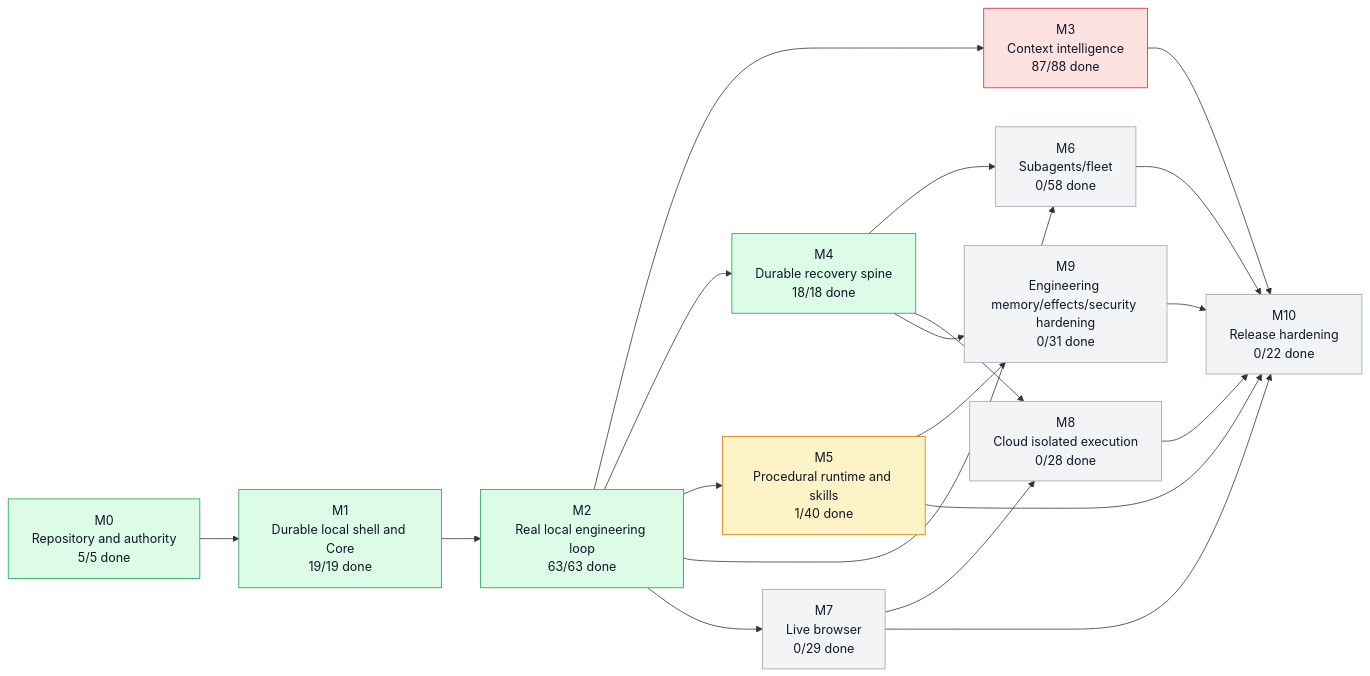
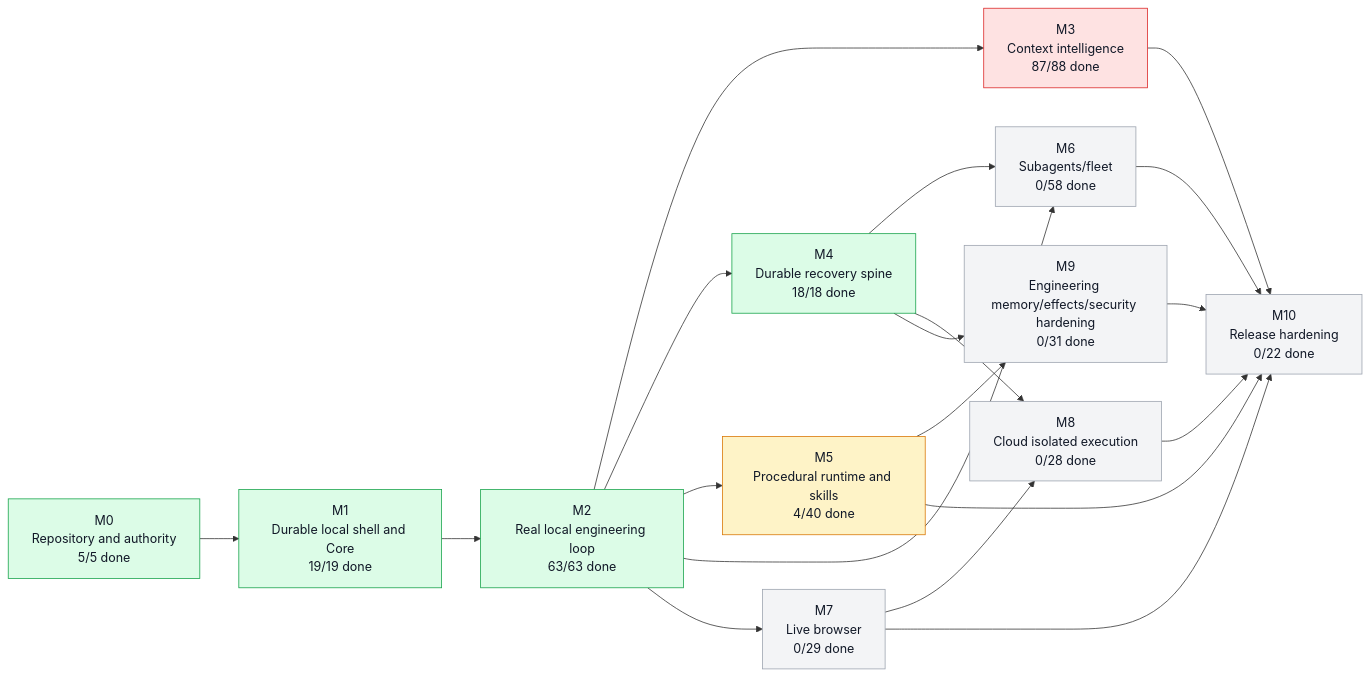
The first of 5 diagrams in graph/PROJECT_GRAPH.md (moss101/modbit), drawn with Mermaid before and after one commit. The commit also changed other lines of this file and 10 other files, not shown here.

````diff
--- a/graph/PROJECT_GRAPH.md
+++ b/graph/PROJECT_GRAPH.md
@@ -57,43 +57,43 @@
 ```mermaid
 flowchart LR
   M0["M0<br/>Repository and authority<br/>5/5 done"]
   M1["M1<br/>Durable local shell and Core<br/>19/19 done"]
   M2["M2<br/>Real local engineering loop<br/>63/63 done"]
   M3["M3<br/>Context intelligence<br/>87/88 done"]
   M4["M4<br/>Durable recovery spine<br/>18/18 done"]
-  M5["M5<br/>Procedural runtime and skills<br/>1/40 done"]
+  M5["M5<br/>Procedural runtime and skills<br/>4/40 done"]
   M6["M6<br/>Subagents/fleet<br/>0/58 done"]
   M7["M7<br/>Live browser<br/>0/29 done"]
   M8["M8<br/>Cloud isolated execution<br/>0/28 done"]
   M9["M9<br/>Engineering memory/effects/security hardening<br/>0/31 done"]
   M10["M10<br/>Release hardening<br/>0/22 done"]
   M0 --> M1
   M1 --> M2
   M2 --> M3
   M2 --> M4
   M2 --> M5
   M2 --> M6
   M4 --> M6
   M2 --> M7
   M4 --> M8
   M7 --> M8
   M4 --> M9
   M5 --> M9
   M3 --> M10
   M5 --> M10
   M6 --> M10
   M7 --> M10
   M8 --> M10
   M9 --> M10
   style M0 fill:#dcfce7,stroke:#16a34a,color:#111827
   style M1 fill:#dcfce7,stroke:#16a34a,color:#111827
   style M2 fill:#dcfce7,stroke:#16a34a,color:#111827
   style M3 fill:#fee2e2,stroke:#dc2626,color:#111827
   style M4 fill:#dcfce7,stroke:#16a34a,color:#111827
   style M5 fill:#fef3c7,stroke:#d97706,color:#111827
   style M6 fill:#f3f4f6,stroke:#9ca3af,color:#111827
   style M7 fill:#f3f4f6,stroke:#9ca3af,color:#111827
   style M8 fill:#f3f4f6,stroke:#9ca3af,color:#111827
   style M9 fill:#f3f4f6,stroke:#9ca3af,color:#111827
   style M10 fill:#f3f4f6,stroke:#9ca3af,color:#111827
 ```
````
